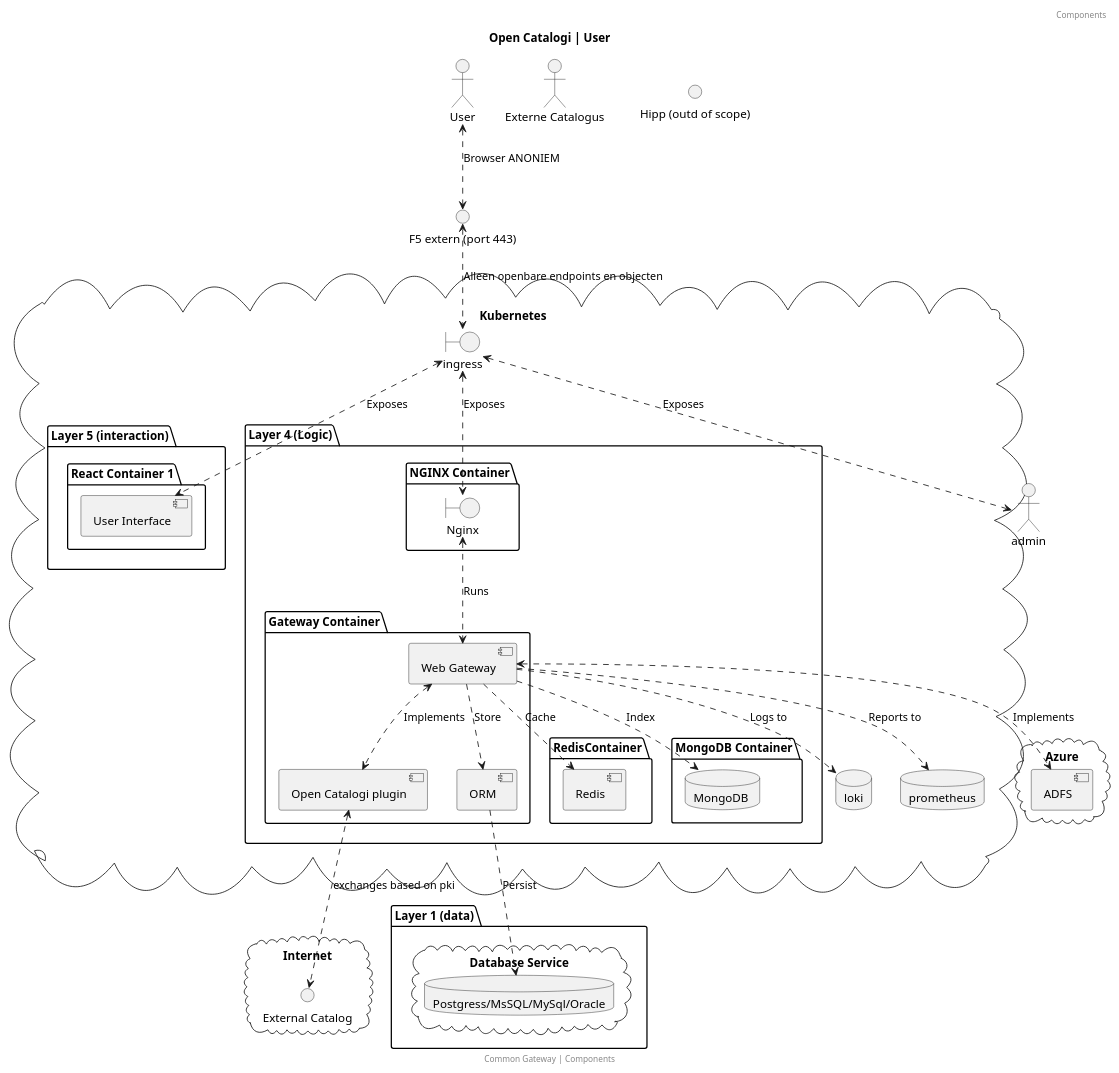
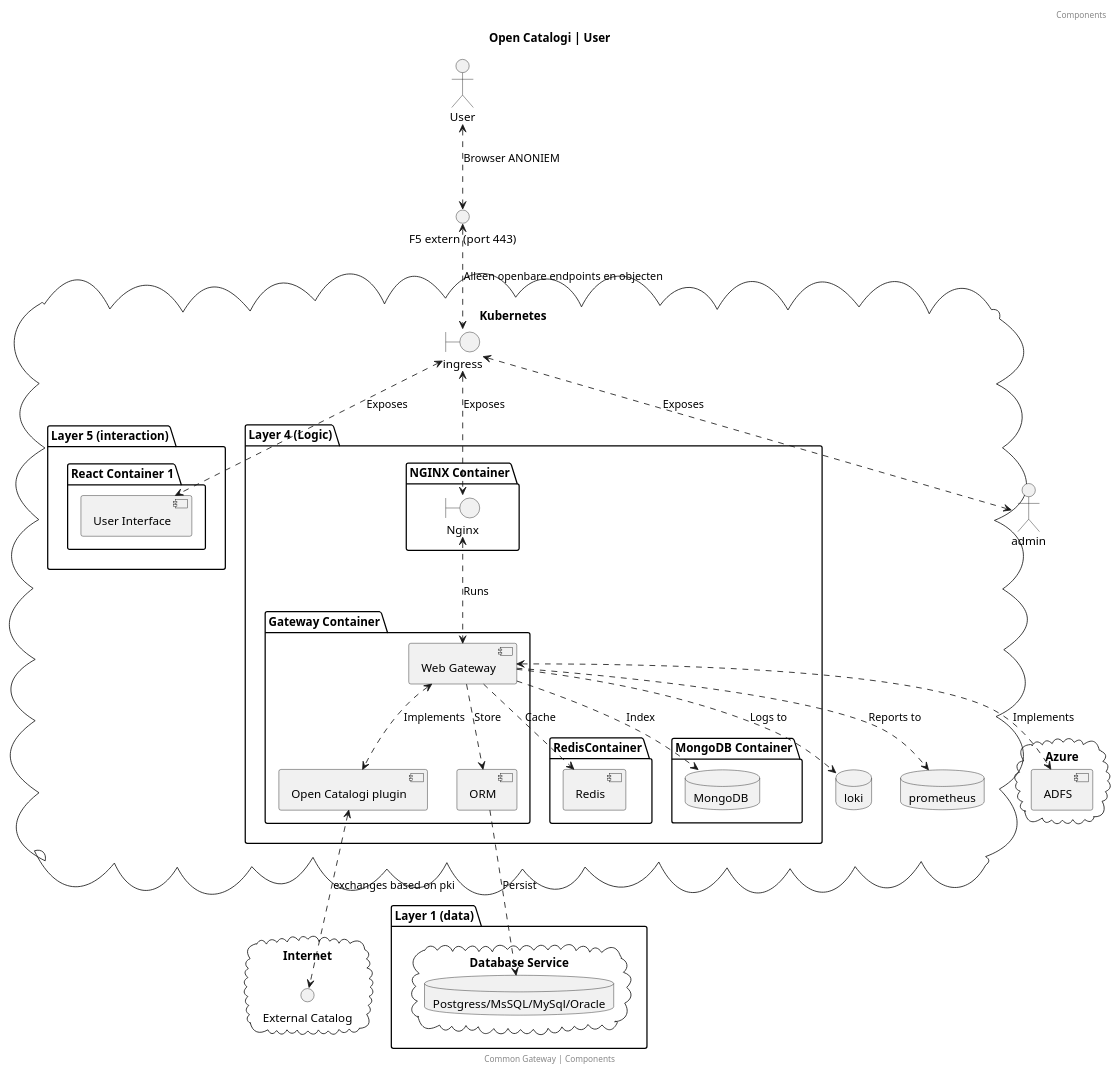
Before and after one commit to OpenCatalogi/OpenCatalogiBundle: the diagram in docs/oc_user.puml, drawn with PlantUML. The commit also changed 2 other files, not shown here.

```diff
--- a/docs/oc_user.puml
+++ b/docs/oc_user.puml
@@ -1,79 +1,76 @@
 @startuml
 title: Open Catalogi | User
 footer: Common Gateway | Components
 header: Components
 
 actor "User" as user
 interface "F5 extern (port 443)" as f5extern
-
-actor "Externe Catalogus" as externalCatalouge
-interface "Hipp (outd of scope)" as hipp
 
 cloud "Azure"{
  [ADFS]  as identity
 }
 
 cloud "Internet"{
 interface "External Catalog" as externalCatalog
 }
 
 
 cloud "Kubernetes"{
 
 boundary "ingress" as ingress
 database loki
 database prometheus
 
 package "Layer 5 (interaction)" {
 package "React Container 1" {
  [User Interface]  as ui
 }
 }
 
 
 package "Layer 4 (Logic)" {
 package "NGINX Container" {
  boundary "Nginx" as Nginx
 }
 
 package "Gateway Container" {
  [Open Catalogi plugin] as Plugins
  [Web Gateway] as Gateway
  [ORM] as ORM
 }
 
 package "RedisContainer" {
  [Redis] as Redis
 }
 
 
 package "MongoDB Container" {
  database  "MongoDB " as MognoDB
 }
 }
 
 }
 
 package "Layer 1 (data)" {
 cloud "Database Service"{
  database  "Postgress/MsSQL/MySql/Oracle" as db
 }
 }
 
 user <..> f5extern: Browser ANONIEM
 f5extern <..> ingress: Alleen openbare endpoints en objecten
 
 ingress <..> ui: Exposes
 ingress <..> admin: Exposes
 ingress <..> Nginx: Exposes
 Nginx  <..> Gateway: Runs
 Gateway <..> Plugins: Implements
 Gateway <..> identity: Implements
 Gateway ..> loki: Logs to
 Gateway ..> prometheus: Reports to
 Plugins <..> externalCatalog: exchanges based on pki
 Gateway ..> MognoDB: Index
 Gateway ..> Redis: Cache
 Gateway ..> ORM: Store
 ORM  ..> db: Persist
 @enduml
```
